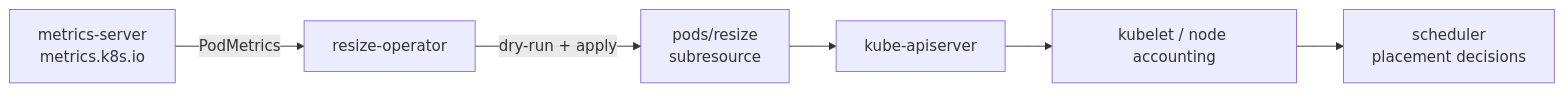
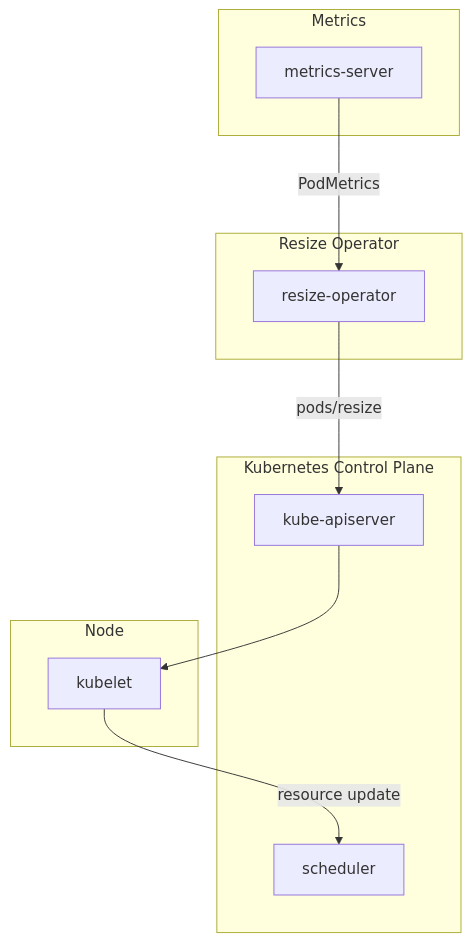
The diagram in README.md (iamhalje/resize-operator), drawn with Mermaid before and after one commit. The commit also changed other lines of this file and 3 other files, not shown here.

````diff
--- a/README.md
+++ b/README.md
@@ -29,8 +27,26 @@
 ```mermaid
-flowchart LR
-  MS[metrics-server\nmetrics.k8s.io] -->|PodMetrics| OP[resize-operator]
-  OP -->|dry-run + apply| PR[pods/resize\nsubresource]
-  PR --> APIS[kube-apiserver]
-  APIS --> KUBELET[kubelet / node accounting]
-  KUBELET --> SCHED[scheduler\nplacement decisions]
+%%{init: {'flowchart': {'nodeSpacing': 60, 'rankSpacing': 80}}}%%
+flowchart TB
+
+  subgraph CONTROL_PLANE["Kubernetes Control Plane"]
+    APIS[kube-apiserver]
+    SCHED[scheduler]
+  end
+
+  subgraph OPERATOR["Resize Operator"]
+    OP[resize-operator]
+  end
+
+  subgraph NODE["Node"]
+    KUBELET[kubelet]
+  end
+
+  subgraph METRICS["Metrics"]
+    MS[metrics-server]
+  end
+
+  MS -->|PodMetrics| OP
+  OP -->|pods/resize| APIS
+  APIS --> KUBELET
+  KUBELET -->|resource update| SCHED
 ```
````
